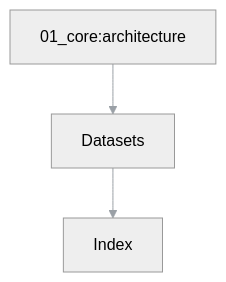
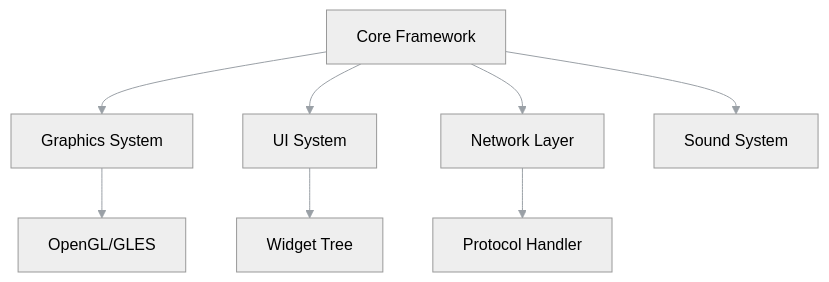
The diagram in docs/authoring/01_core/diagrams/architecture.mmd (lukaszj321/otcv8-dev), drawn with Mermaid before and after one commit. The commit also changed 92 other files, not shown here.

```diff
--- a/docs/authoring/01_core/diagrams/architecture.mmd
+++ b/docs/authoring/01_core/diagrams/architecture.mmd
@@ -1,6 +1,9 @@
 %%{init: { 'theme': 'neutral', 'themeVariables': { 'primaryTextColor': '#ddd', 'lineColor': '#9aa0a6' } }}%%
 graph TD
-  Architecture[01_core:architecture] --> Data[Datasets]
-  Data --> Page[Index]
-
-click Architecture "./index.html#facet-01_core.architecture" "Open architecture"
+    Core[Core Framework] --> Graphics[Graphics System]
+    Core --> UI[UI System]
+    Core --> Net[Network Layer]
+    Core --> Sound[Sound System]
+    Graphics --> OpenGL[OpenGL/GLES]
+    UI --> Widgets[Widget Tree]
+    Net --> Protocol[Protocol Handler]
```
